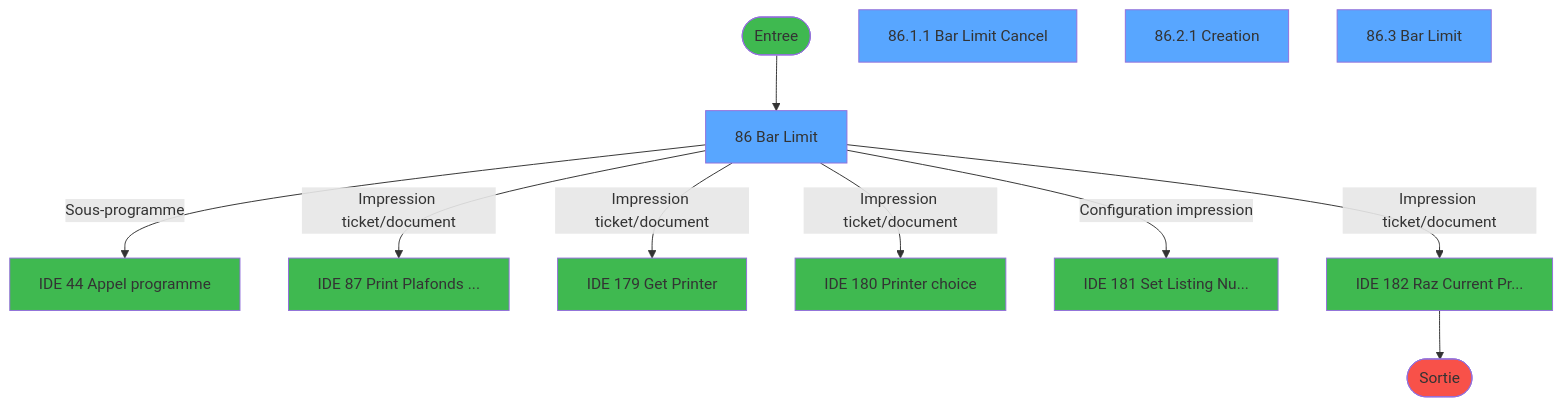
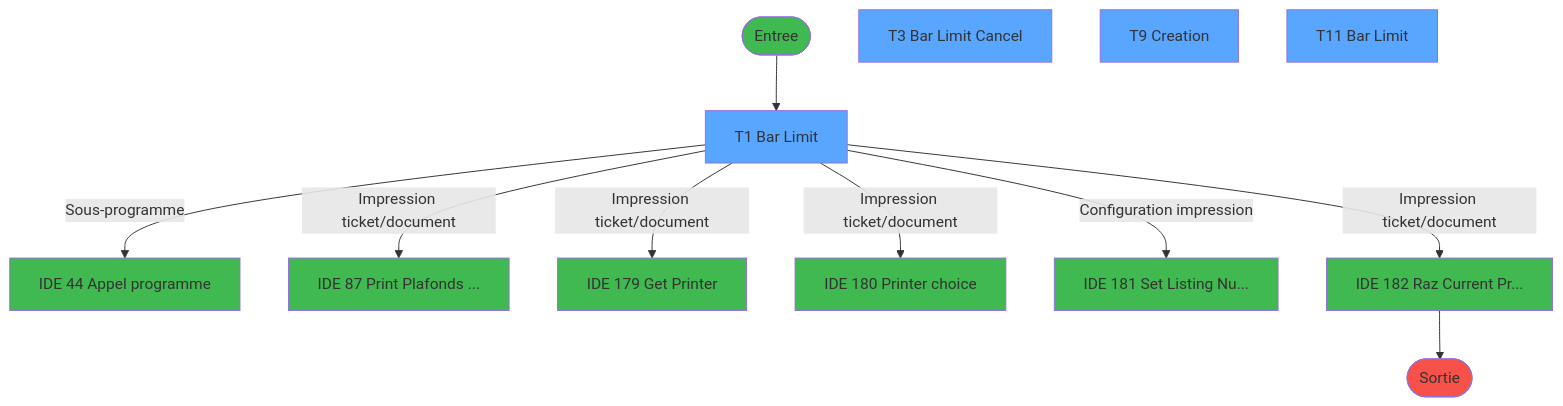
Before and after one commit to thonyAGP/magic-migration: the first of 4 diagrams in .openspec/specs/ADH-IDE-86.md, drawn with Mermaid. The commit also changed other lines of this file and 311 other files, not shown here.

````diff
--- a/.openspec/specs/ADH-IDE-86.md
+++ b/.openspec/specs/ADH-IDE-86.md
@@ -1141,35 +1141,35 @@
 ```mermaid
 flowchart TD
     START([Entree])
     style START fill:#3fb950
-    VF1[86 Bar Limit]
+    VF1[T1 Bar Limit]
     style VF1 fill:#58a6ff
-    VF3[86.1.1 Bar Limit Cancel]
+    VF3[T3 Bar Limit Cancel]
     style VF3 fill:#58a6ff
-    VF9[86.2.1 Creation]
+    VF9[T9 Creation]
     style VF9 fill:#58a6ff
-    VF11[86.3 Bar Limit]
+    VF11[T11 Bar Limit]
     style VF11 fill:#58a6ff
     EXT44[IDE 44 Appel programme]
     style EXT44 fill:#3fb950
     EXT87[IDE 87 Print Plafonds ...]
     style EXT87 fill:#3fb950
     EXT179[IDE 179 Get Printer]
     style EXT179 fill:#3fb950
     EXT180[IDE 180 Printer choice]
     style EXT180 fill:#3fb950
     EXT181[IDE 181 Set Listing Nu...]
     style EXT181 fill:#3fb950
     EXT182[IDE 182 Raz Current Pr...]
     style EXT182 fill:#3fb950
     FIN([Sortie])
     style FIN fill:#f85149
     START --> VF1
     VF1 -->|Sous-programme| EXT44
     VF1 -->|Impression ticket/document| EXT87
     VF1 -->|Impression ticket/document| EXT179
     VF1 -->|Impression ticket/document| EXT180
     VF1 -->|Configuration impression| EXT181
     VF1 -->|Impression ticket/document| EXT182
     EXT182 --> FIN
 ```
````
